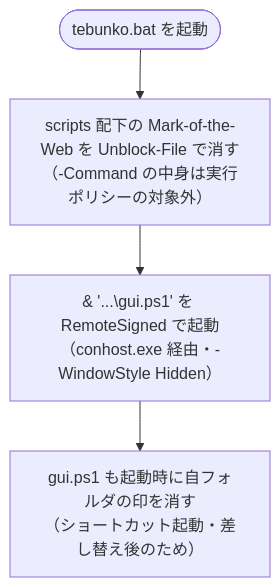
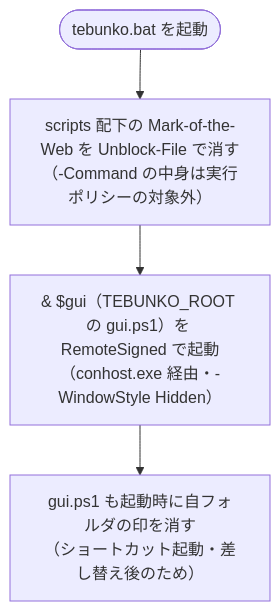
One commit to hsgwa/tebunko changed the first of 2 diagrams in docs/design/gui/common.md. Above: the diagram before and after it, drawn with Mermaid. The commit also changed other lines of this file and 5 other files, not shown here.

````diff
--- a/docs/design/gui/common.md
+++ b/docs/design/gui/common.md
@@ -55,6 +55,6 @@
 ```mermaid
 flowchart TD
     B(["tebunko.bat を起動"]) --> U["scripts 配下の Mark-of-the-Web を Unblock-File で消す<br>（-Command の中身は実行ポリシーの対象外）"]
-    U --> G["& '...\gui.ps1' を RemoteSigned で起動<br>（conhost.exe 経由・-WindowStyle Hidden）"]
+    U --> G["& $gui（TEBUNKO_ROOT の gui.ps1）を RemoteSigned で起動<br>（conhost.exe 経由・-WindowStyle Hidden）"]
     G --> G2["gui.ps1 も起動時に自フォルダの印を消す<br>（ショートカット起動・差し替え後のため）"]
 ```
````
